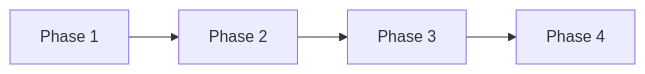
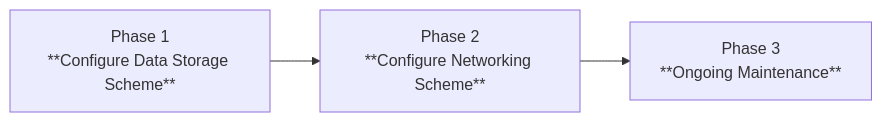
One commit to seanli1/datahelp.strayframes.com changed the diagram in src/site/notes/2. Pricing/2.1 Data and Networking Services.md. Above: the diagram before and after it, drawn with Mermaid.

Commit message:
Update content src/site/notes/2. Pricing/2.1 Data and Networking Services.md

````diff
--- a/src/site/notes/2. Pricing/2.1 Data and Networking Services.md
+++ b/src/site/notes/2. Pricing/2.1 Data and Networking Services.md
@@ -5,11 +5,12 @@
 ```mermaid
 flowchart LR
 
-a["Phase 1"]
+a["Phase 1
+**Configure Data Storage Scheme**"]
 
---> b["Phase 2"]
+--> b["Phase 2
+**Configure Networking Scheme**"]
 
---> c["Phase 3"]
-
---> d["Phase 4"]
+--> c["Phase 3
+**Ongoing Maintenance**"]
 ```
````
